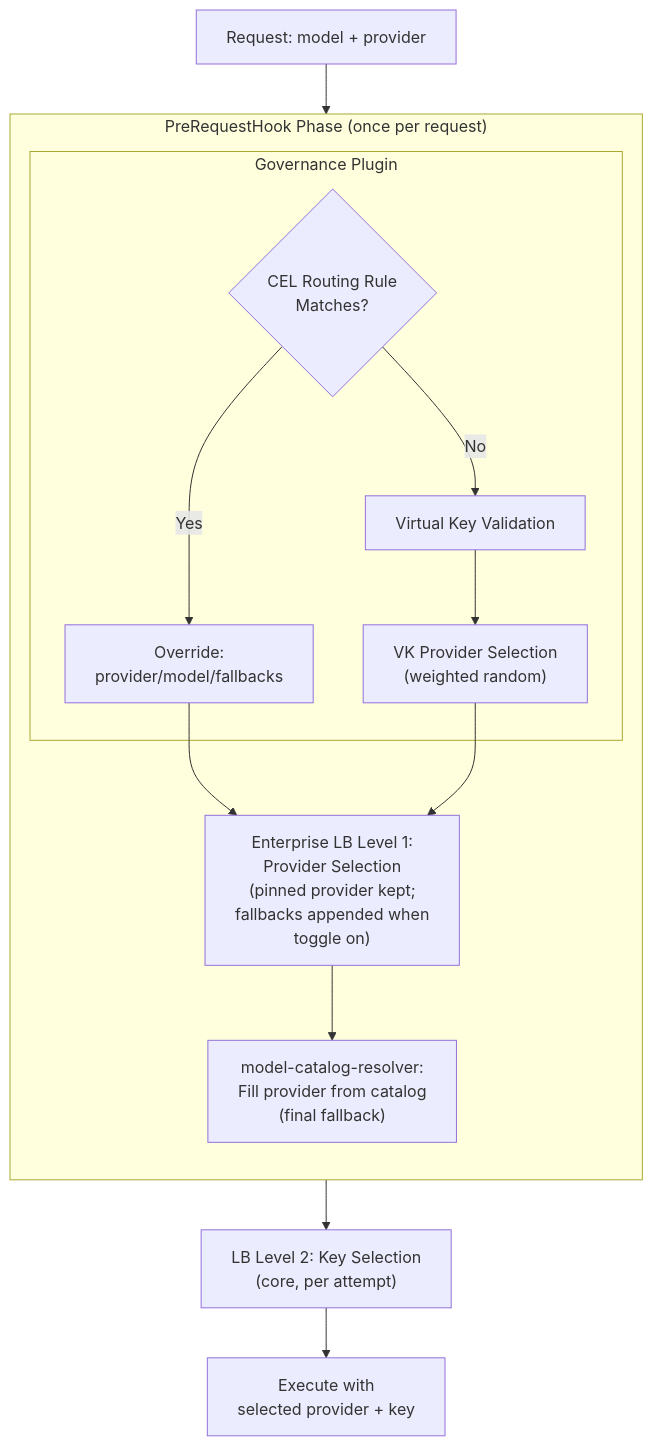
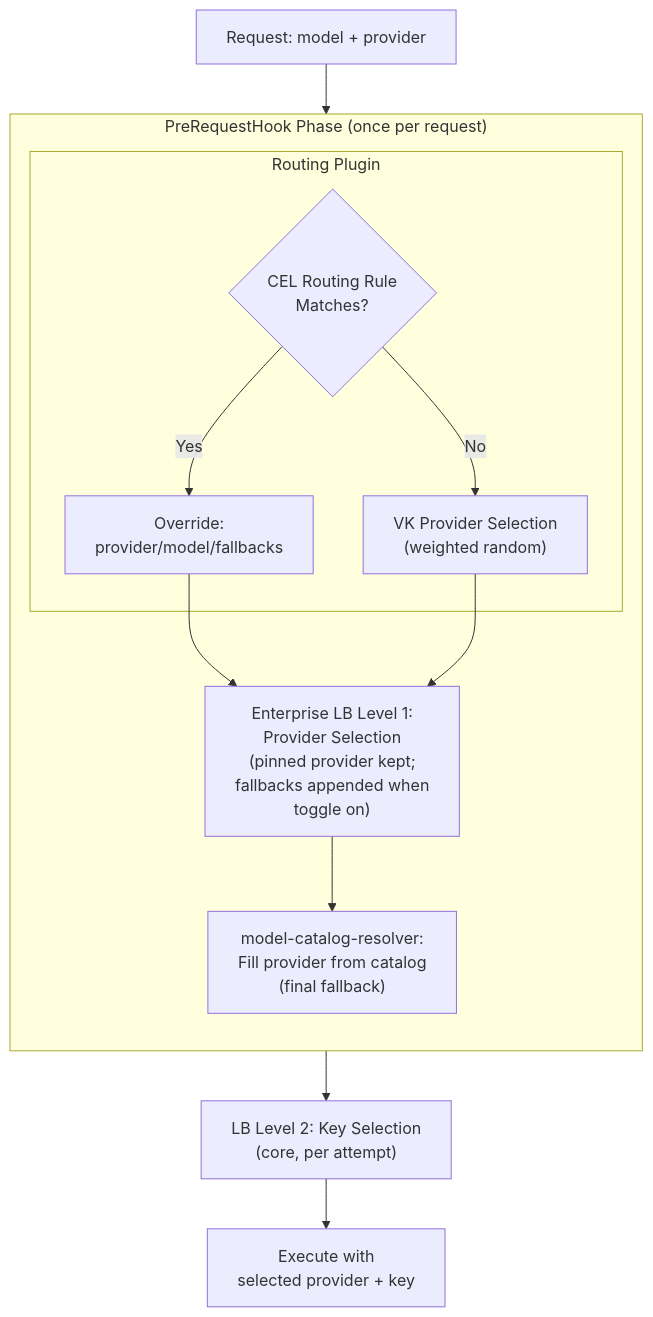
Before and after one commit to amboltio/bifrost: the third of 3 diagrams in docs/providers/provider-routing.mdx, drawn with Mermaid. The commit also changed other lines of this file and 1796 other files, not shown here.

````diff
--- a/docs/providers/provider-routing.mdx
+++ b/docs/providers/provider-routing.mdx
@@ -1449,23 +1457,22 @@
 ```mermaid
 flowchart TD
     Start["Request: model + provider"]
 
     subgraph PreReq["PreRequestHook Phase (once per request)"]
         direction TB
-        subgraph Gov["Governance Plugin"]
+        subgraph Gov["Routing Plugin"]
             RuleMatch{"CEL Routing Rule<br/>Matches?"}
             RuleDecision["Override:<br/>provider/model/fallbacks"]
-            VKValidation["Virtual Key Validation"]
             GovRouting["VK Provider Selection<br/>(weighted random)"]
         end
         LB1["Enterprise LB Level 1:<br/>Provider Selection<br/>(pinned provider kept;<br/>fallbacks appended when<br/>toggle on)"]
         Resolver["model-catalog-resolver:<br/>Fill provider from catalog<br/>(final fallback)"]
     end
 
     LB2["LB Level 2: Key Selection<br/>(core, per attempt)"]
 
     Start --> RuleMatch
     RuleMatch -->|Yes| RuleDecision --> LB1
-    RuleMatch -->|No| VKValidation --> GovRouting --> LB1
+    RuleMatch -->|No| GovRouting --> LB1
     LB1 --> Resolver --> LB2 --> Execute["Execute with<br/>selected provider + key"]
 ```
````
